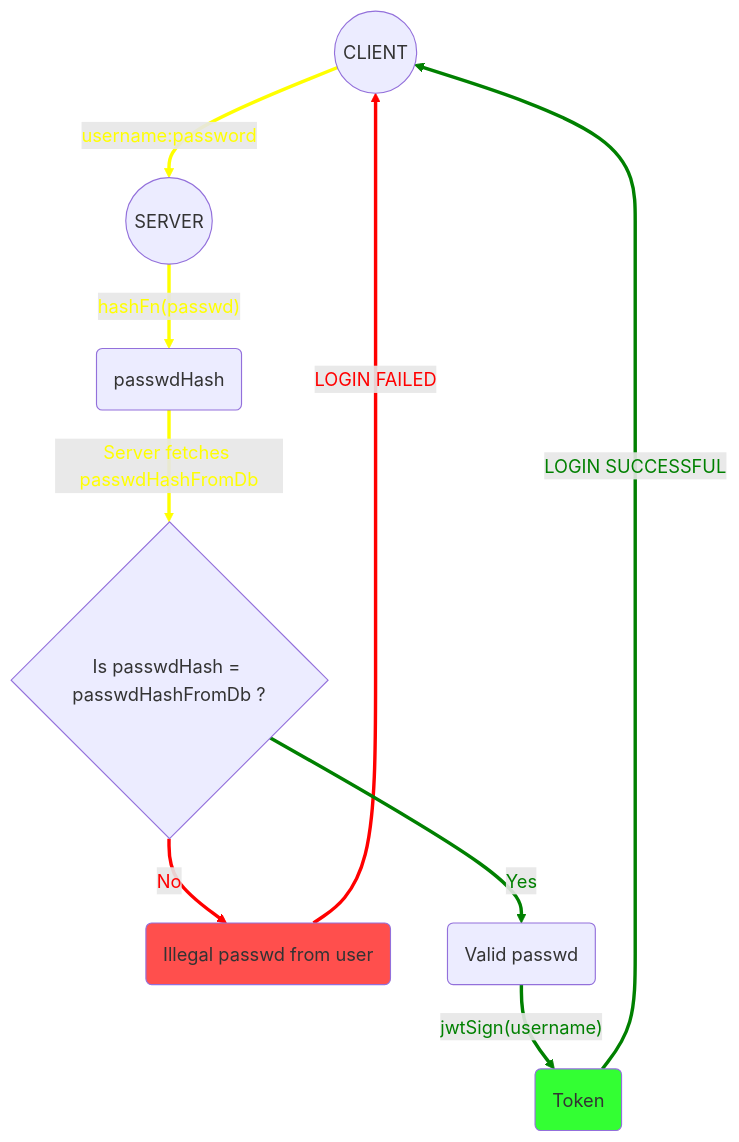
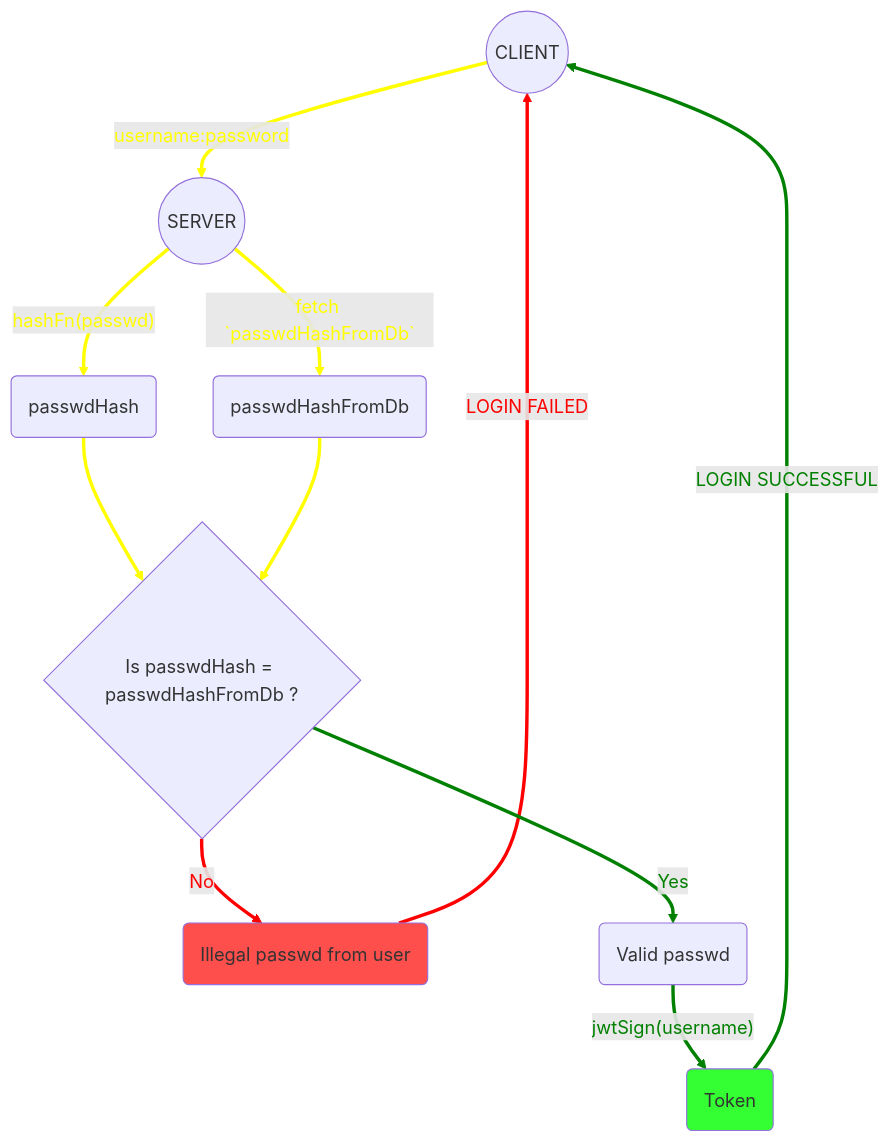
One commit to sahilrajput03/sahilrajput03 changed the first of 3 diagrams in learn-login-flow.md. Above: the diagram before and after it, drawn with Mermaid.

````diff
--- a/learn-login-flow.md
+++ b/learn-login-flow.md
@@ -5,17 +5,19 @@
 ```mermaid
 graph TD
     A((CLIENT)) -->|username:password| B((SERVER))
     B --> |"hashFn(passwd)"| C(passwdHash)
-    C --> |"Server fetches passwdHashFromDb"| Z{Is passwdHash = passwdHashFromDb ?}
-    Z --> |"No"| M(Illegal passwd from user)
+    B --> |"fetch `passwdHashFromDb`"| F(passwdHashFromDb)
+    C --> G{Is passwdHash = passwdHashFromDb ?}
+    F --> G
+    G --> |"No"| M(Illegal passwd from user)
     M --> |LOGIN FAILED| A
-    Z --> |Yes| D(Valid passwd)
+    G --> |Yes| D(Valid passwd)
     D --> |"jwtSign(username)"| E(Token) --> |LOGIN SUCCESSFUL| A
     style M fill:#ff4f4d
     style E fill:#33ff33
-    linkStyle 0,1,2 stroke:yellow,stroke-width:3px,color:yellow;
-    linkStyle 3,4 stroke:red,stroke-width:3px,color:red;
-    linkStyle 5,6,7 stroke:green,stroke-width:3px,color:green;
+    linkStyle 0,1,2,3,4 stroke:yellow,stroke-width:3px,color:yellow;
+    linkStyle 5,6 stroke:red,stroke-width:3px,color:red;
+    linkStyle 7,8,9 stroke:green,stroke-width:3px,color:green;
     
     %% Comments: In above code, the numbers after lineStyle is actually the line numbers of each line in same above code ( starts from 0). 
 ```
````
